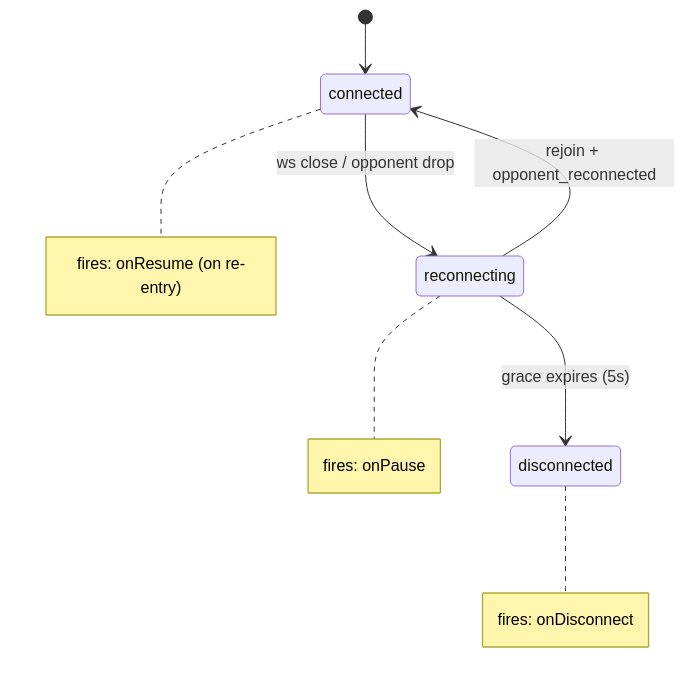
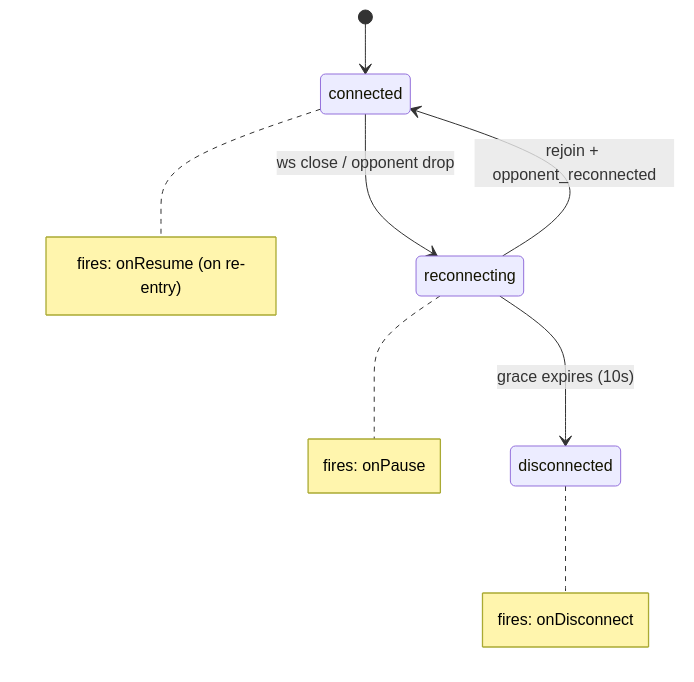
The first of 4 diagrams in docs/graceful-reconnection.md (simon0191/a-los-traques), drawn with Mermaid before and after one commit. The commit also changed other lines of this file and 6 other files, not shown here.

First line of the commit message:
Fix reconnecting player rejected as full during grace period

````diff
--- a/docs/graceful-reconnection.md
+++ b/docs/graceful-reconnection.md
@@ -9,17 +9,17 @@
 ```mermaid
 stateDiagram-v2
     [*] --> connected
     connected --> reconnecting : ws close / opponent drop
     reconnecting --> connected : rejoin + opponent_reconnected
-    reconnecting --> disconnected : grace expires (5s)
+    reconnecting --> disconnected : grace expires (10s)
 
     note right of reconnecting
         fires: onPause
     end note
     note right of connected
         fires: onResume (on re-entry)
     end note
     note right of disconnected
         fires: onDisconnect
     end note
 ```
````
